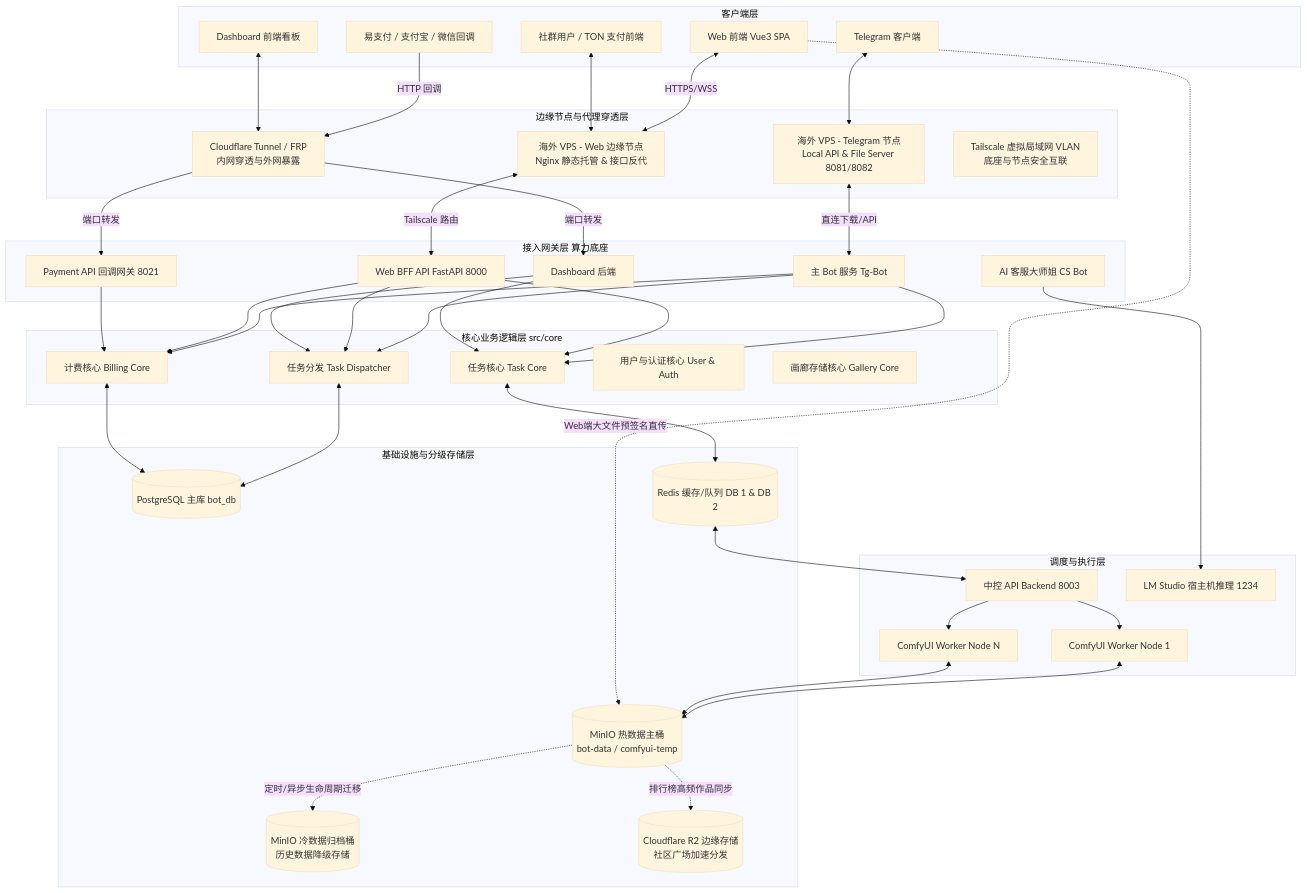
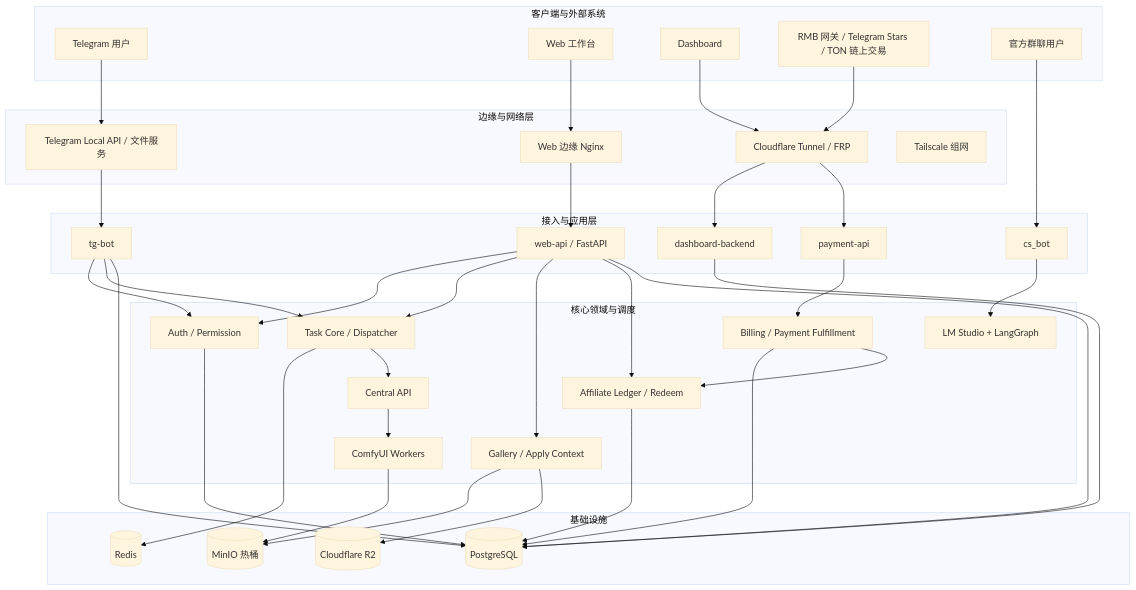
Before and after one commit to giraffu/All_bot: the first of 4 diagrams in docs/system_architecture_report.md, drawn with Mermaid (base theme). The commit also changed other lines of this file and 23 other files, not shown here.

````diff
--- a/docs/system_architecture_report.md
+++ b/docs/system_architecture_report.md
@@ -18,80 +18,71 @@
 ```mermaid
 graph TD
-    subgraph 客户端层
-        A1[Telegram 客户端]
-        A2[Web 前端 Vue3 SPA]
-        A3[Dashboard 前端看板]
-        A4[社群用户 / TON 支付前端]
-        A5[易支付 / 支付宝 / 微信回调]
+    subgraph Client[客户端与外部系统]
+        TG[Telegram 用户]
+        WEB[Web 工作台]
+        DASH[Dashboard]
+        PAY[RMB 网关 / Telegram Stars / TON 链上交易]
+        GROUP[官方群聊用户]
     end
 
-    subgraph 边缘节点与代理穿透层
-        V1[海外 VPS - Web 边缘节点<br>Nginx 静态托管 & 接口反代]
-        V2[海外 VPS - Telegram 节点<br>Local API & File Server 8081/8082]
-        T1[Cloudflare Tunnel / FRP<br>内网穿透与外网暴露]
-        T2[Tailscale 虚拟局域网 VLAN<br>底座与节点安全互联]
+    subgraph Edge[边缘与网络层]
+        NGINX[Web 边缘 Nginx]
+        TGAPI[Telegram Local API / 文件服务]
+        TUNNEL[Cloudflare Tunnel / FRP]
+        VLAN[Tailscale 组网]
     end
 
-    subgraph 接入网关层 算力底座
-        B1[主 Bot 服务 Tg-Bot]
-        B2[Web BFF API FastAPI 8000]
-        B3[Dashboard 后端]
-        B4[Payment API 回调网关 8021]
-        B5[AI 客服大师姐 CS Bot]
+    subgraph Gateway[接入与应用层]
+        BOT[tg-bot]
+        API[web-api / FastAPI]
+        PAYAPI[payment-api]
+        DBACK[dashboard-backend]
+        CS[cs_bot]
     end
 
-    subgraph 核心业务逻辑层 src/core
-        C1[任务核心 Task Core]
-        C2[任务分发 Task Dispatcher]
-        C3[计费核心 Billing Core]
-        C4[用户与认证核心 User & Auth]
-        C5[画廊存储核心 Gallery Core]
+    subgraph Core[核心领域与调度]
+        AUTH[Auth / Permission]
+        TASK[Task Core / Dispatcher]
+        BILL[Billing / Payment Fulfillment]
+        AFF[Affiliate Ledger / Redeem]
+        GAL[Gallery / Apply Context]
+        CENTRAL[Central API]
+        WORKERS[ComfyUI Workers]
+        LLM[LM Studio + LangGraph]
     end
 
-    subgraph 调度与执行层
-        D1[中控 API Backend 8003]
-        D2[ComfyUI Worker Node 1]
-        D3[ComfyUI Worker Node N]
-        D4[LM Studio 宿主机推理 1234]
+    subgraph Infra[基础设施]
+        PG[(PostgreSQL)]
+        REDIS[(Redis)]
+        MINIO[(MinIO 热桶)]
+        R2[(Cloudflare R2)]
     end
 
-    subgraph 基础设施与分级存储层
-        E1[(PostgreSQL 主库 bot_db)]
-        E2[(Redis 缓存/队列 DB 1 & DB 2)]
-        E3[(MinIO 热数据主桶<br>bot-data / comfyui-temp)]
-        E4[(MinIO 冷数据归档桶<br>历史数据降级存储)]
-        E5[(Cloudflare R2 边缘存储<br>社区广场加速分发)]
-    end
+    TG --> TGAPI --> BOT
+    WEB --> NGINX --> API
+    DASH --> TUNNEL --> DBACK
+    PAY --> TUNNEL --> PAYAPI
+    GROUP --> CS
 
-    %% 客户端到边缘层连接
-    A1 <--> V2
-    A2 <-->|HTTPS/WSS| V1
-    A4 <--> V1
-    A5 -->|HTTP 回调| T1
-    A3 <--> T1
+    BOT --> AUTH
+    BOT --> TASK
+    API --> AUTH
+    API --> TASK
+    API --> GAL
+    API --> AFF
+    PAYAPI --> BILL
+    DBACK --> PG
+    CS --> LLM
 
-    %% 边缘层到底座网关连接 (通过 VLAN / FRP)
-    V1 <-->|Tailscale 路由| B2
-    V2 <-->|直连下载/API| B1
-    T1 -->|端口转发| B4 & B3
-
-    %% 网关层到核心业务层
-    B1 --> C1 & C2 & C3
-    B2 --> C1 & C2 & C3
-    B3 --> C1 & C2
-    B4 --> C3
-    B5 --> D4
-    
-    %% 核心业务到基础设施
-    C1 <--> E2
-    C2 <--> E1
-    C3 <--> E1
-    
-    %% 调度执行与存储流转
-    E2 <--> D1
-    D1 --> D2 & D3
-    D2 & D3 <--> E3
-    E3 -.->|定时/异步生命周期迁移| E4
-    E3 -.->|排行榜高频作品同步| E5
-    A2 -.->|Web端大文件预签名直传| E3
+    TASK --> REDIS
+    TASK --> CENTRAL --> WORKERS
+    WORKERS --> MINIO
+    GAL --> MINIO
+    GAL --> R2
+    AUTH --> PG
+    BILL --> PG
+    AFF --> PG
+    BILL --> AFF
+    API --> PG
+    BOT --> PG
 ```
````
